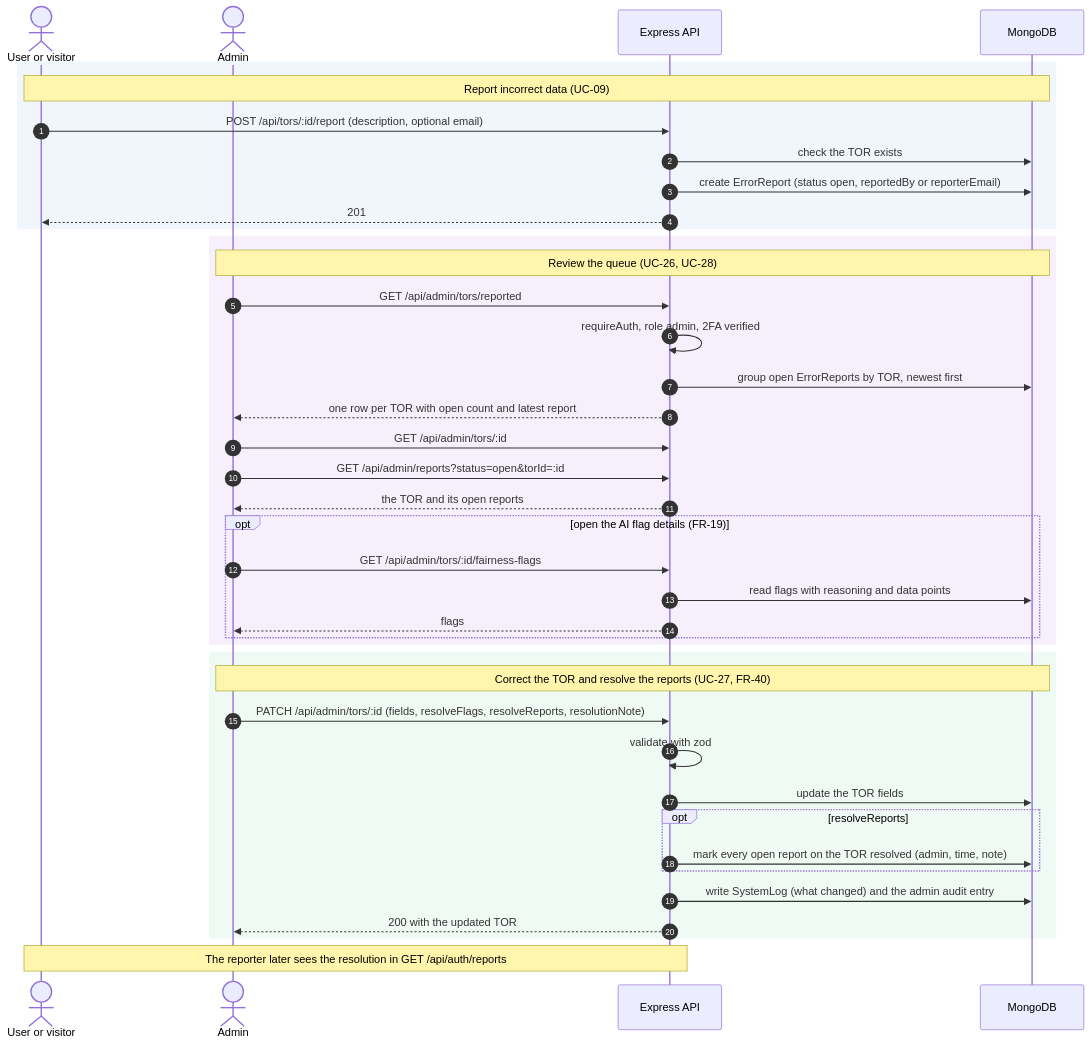
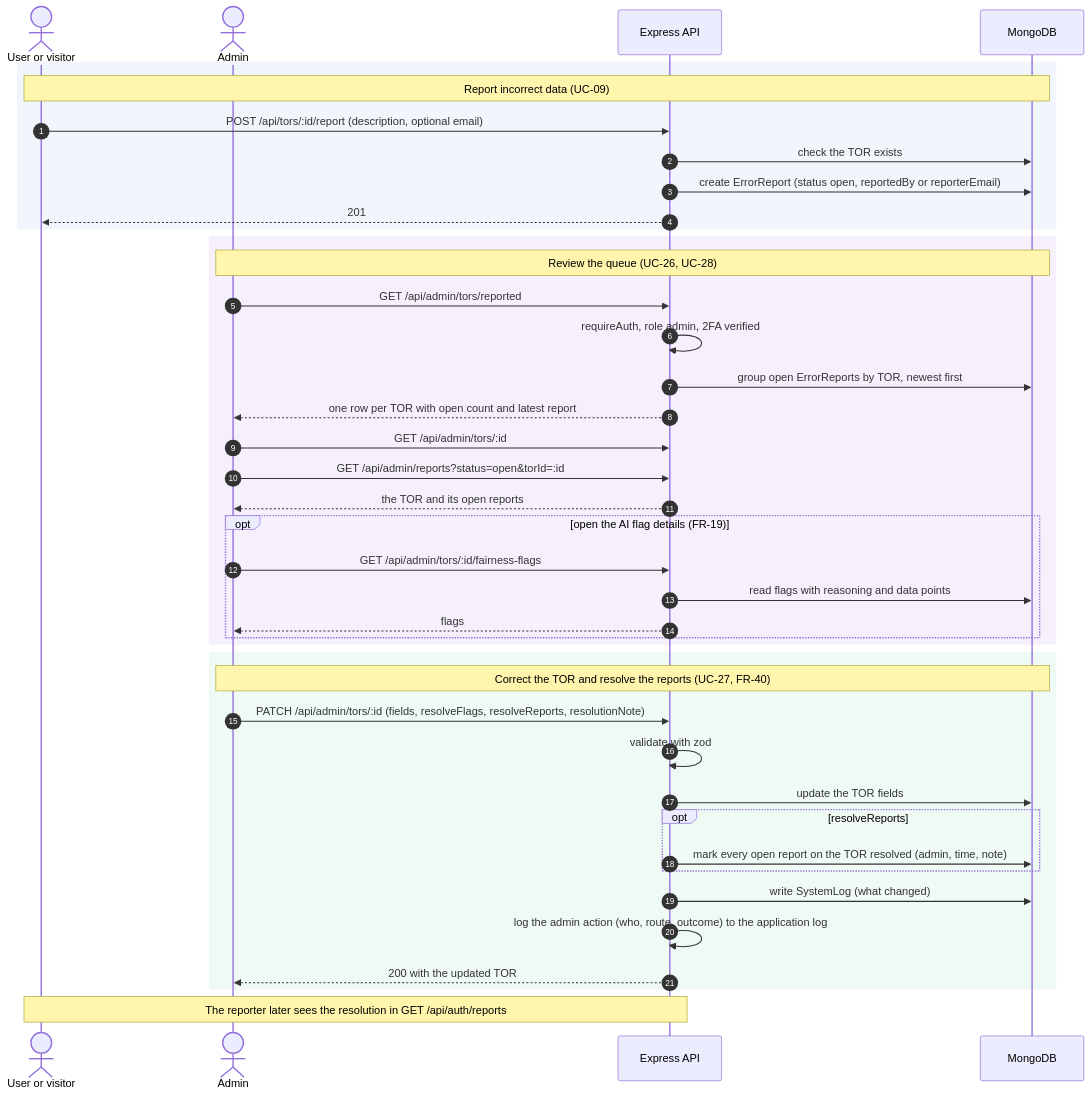
One commit to SW-Process/TOR_website changed the diagram in docs/design/sequence/3-report-resolve.mmd. Above: the diagram before and after it, drawn with Mermaid. The commit also changed 8 other files, not shown here.

```diff
--- a/docs/design/sequence/3-report-resolve.mmd
+++ b/docs/design/sequence/3-report-resolve.mmd
@@ -1,44 +1,45 @@
 sequenceDiagram
     autonumber
     actor U as User or visitor
     actor AD as Admin
     participant A as Express API
     participant M as MongoDB
 
     rect rgb(240, 246, 252)
     Note over U,M: Report incorrect data (UC-09)
     U->>A: POST /api/tors/:id/report (description, optional email)
     A->>M: check the TOR exists
     A->>M: create ErrorReport (status open, reportedBy or reporterEmail)
     A-->>U: 201
     end
 
     rect rgb(245, 240, 252)
     Note over AD,M: Review the queue (UC-26, UC-28)
     AD->>A: GET /api/admin/tors/reported
     A->>A: requireAuth, role admin, 2FA verified
     A->>M: group open ErrorReports by TOR, newest first
     A-->>AD: one row per TOR with open count and latest report
     AD->>A: GET /api/admin/tors/:id
     AD->>A: GET /api/admin/reports?status=open&torId=:id
     A-->>AD: the TOR and its open reports
     opt open the AI flag details (FR-19)
         AD->>A: GET /api/admin/tors/:id/fairness-flags
         A->>M: read flags with reasoning and data points
         A-->>AD: flags
     end
     end
 
     rect rgb(240, 250, 244)
     Note over AD,M: Correct the TOR and resolve the reports (UC-27, FR-40)
     AD->>A: PATCH /api/admin/tors/:id (fields, resolveFlags, resolveReports, resolutionNote)
     A->>A: validate with zod
     A->>M: update the TOR fields
     opt resolveReports
         A->>M: mark every open report on the TOR resolved (admin, time, note)
     end
-    A->>M: write SystemLog (what changed) and the admin audit entry
+    A->>M: write SystemLog (what changed)
+    A->>A: log the admin action (who, route, outcome) to the application log
     A-->>AD: 200 with the updated TOR
     end
 
     Note over U,A: The reporter later sees the resolution in GET /api/auth/reports
```
